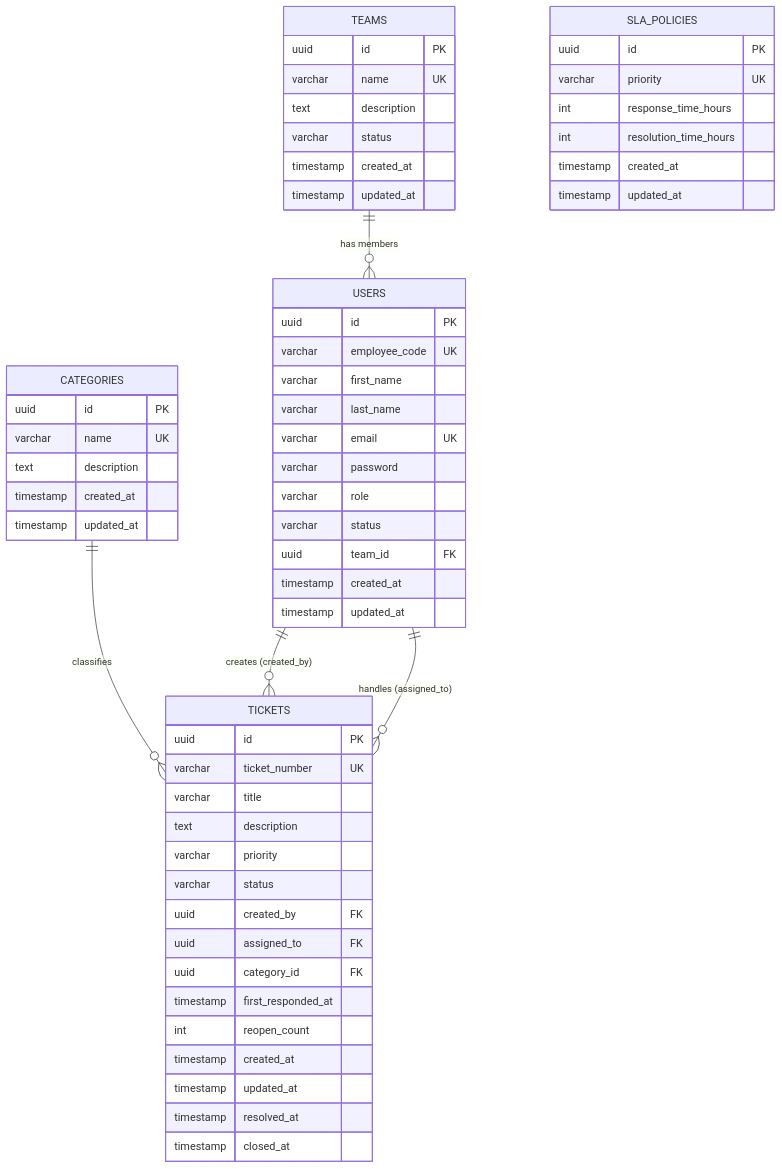
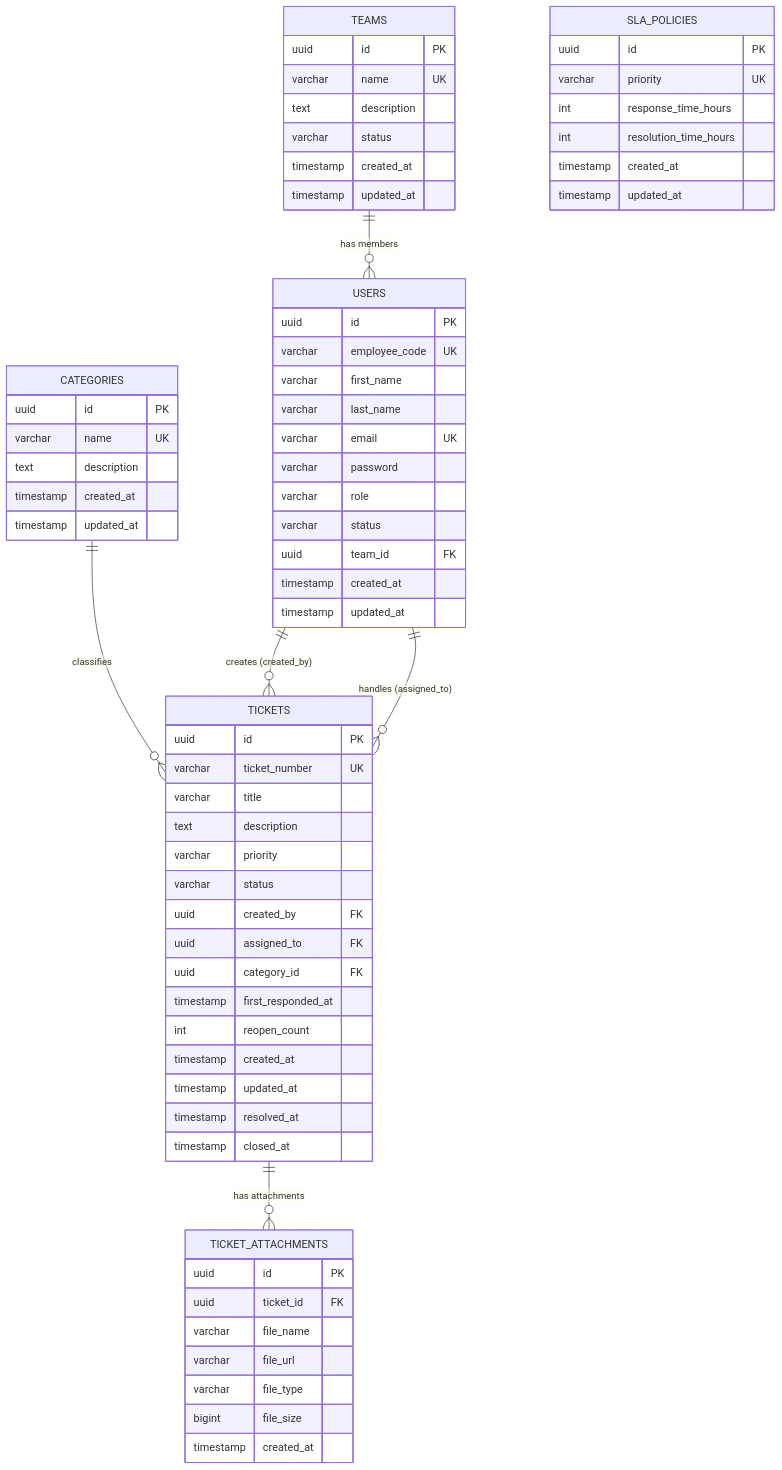
Before and after one commit to kommagallashivanand-maker/deskfloebackenddeployment: the diagram in README.md, drawn with Mermaid. The commit also changed other lines of this file, not shown here.

Commit message:
docs: update README.md with ticket_attachments ERD, S3 multipart endpoints, and search API

````diff
--- a/README.md
+++ b/README.md
@@ -11,65 +11,76 @@
 ```mermaid
 erDiagram
     TEAMS ||--o{ USERS : "has members"
     CATEGORIES ||--o{ TICKETS : "classifies"
     USERS ||--o{ TICKETS : "creates (created_by)"
     USERS ||--o{ TICKETS : "handles (assigned_to)"
+    TICKETS ||--o{ TICKET_ATTACHMENTS : "has attachments"
 
     TEAMS {
         uuid id PK
         varchar name UK
         text description
         varchar status
         timestamp created_at
         timestamp updated_at
     }
 
     SLA_POLICIES {
         uuid id PK
         varchar priority UK
         int response_time_hours
         int resolution_time_hours
         timestamp created_at
         timestamp updated_at
     }
 
     CATEGORIES {
         uuid id PK
         varchar name UK
         text description
         timestamp created_at
         timestamp updated_at
     }
 
     USERS {
         uuid id PK
         varchar employee_code UK
         varchar first_name
         varchar last_name
         varchar email UK
         varchar password
         varchar role
         varchar status
         uuid team_id FK
         timestamp created_at
         timestamp updated_at
     }
 
     TICKETS {
         uuid id PK
         varchar ticket_number UK
         varchar title
         text description
         varchar priority
         varchar status
         uuid created_by FK
         uuid assigned_to FK
         uuid category_id FK
         timestamp first_responded_at
         int reopen_count
         timestamp created_at
         timestamp updated_at
         timestamp resolved_at
         timestamp closed_at
     }
+
+    TICKET_ATTACHMENTS {
+        uuid id PK
+        uuid ticket_id FK
+        varchar file_name
+        varchar file_url
+        varchar file_type
+        bigint file_size
+        timestamp created_at
+    }
 ```
````
